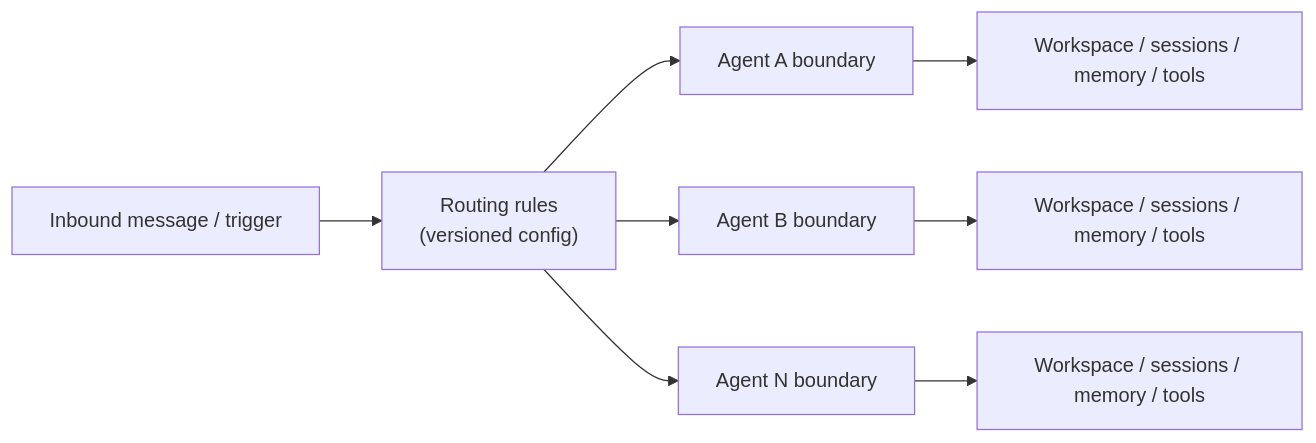
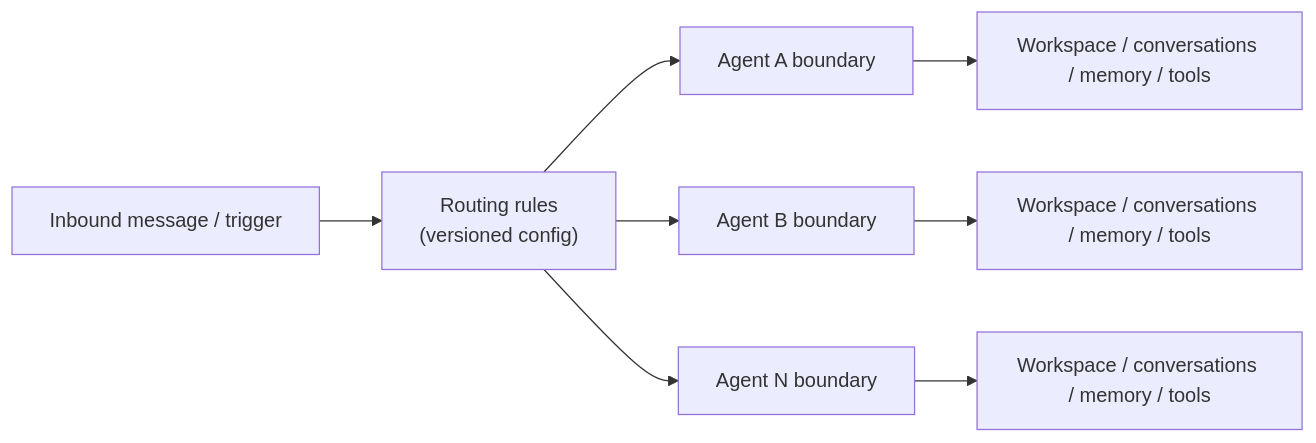
The diagram in docs/architecture/agent/multi-agent-routing.md (tyrumai/tyrum), drawn with Mermaid before and after one commit. The commit also changed other lines of this file and 56 other files, not shown here.

Commit message:
docs: rewrite architecture around conversations and turns (#1829)

````diff
--- a/docs/architecture/agent/multi-agent-routing.md
+++ b/docs/architecture/agent/multi-agent-routing.md
@@ -15,11 +15,11 @@
 ```mermaid
 flowchart LR
   Inbound["Inbound message / trigger"] --> Rules["Routing rules<br/>(versioned config)"]
   Rules --> AgentA["Agent A boundary"]
   Rules --> AgentB["Agent B boundary"]
   Rules --> AgentN["Agent N boundary"]
 
-  AgentA --> ScopeA["Workspace / sessions / memory / tools"]
-  AgentB --> ScopeB["Workspace / sessions / memory / tools"]
-  AgentN --> ScopeN["Workspace / sessions / memory / tools"]
+  AgentA --> ScopeA["Workspace / conversations / memory / tools"]
+  AgentB --> ScopeB["Workspace / conversations / memory / tools"]
+  AgentN --> ScopeN["Workspace / conversations / memory / tools"]
 ```
````
